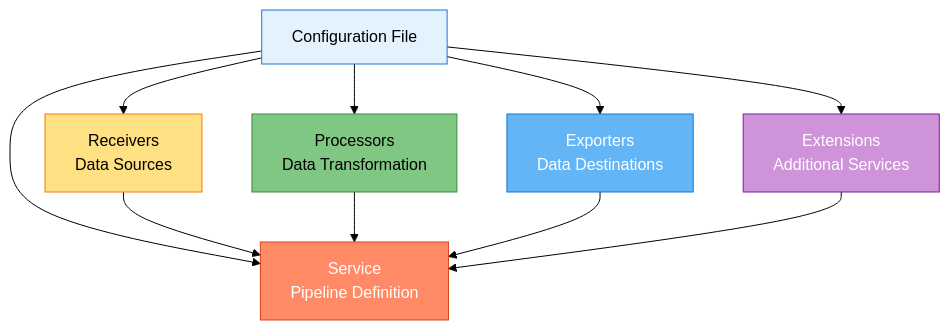
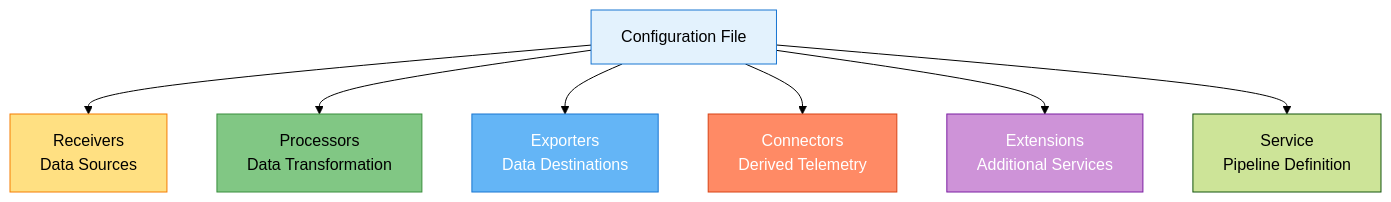
Before and after one commit to telemetryflow/telemetryflow-overview: the diagram in tfo-otel/CONFIGURATION.md, drawn with Mermaid (forest theme). The commit also changed other lines of this file and 68 other files, not shown here.

````diff
--- a/tfo-otel/CONFIGURATION.md
+++ b/tfo-otel/CONFIGURATION.md
@@ -30,22 +33,18 @@
 ```mermaid
 graph TB
     CONFIG[Configuration File]
 
     CONFIG --> RECEIVERS[Receivers<br/>Data Sources]
     CONFIG --> PROCESSORS[Processors<br/>Data Transformation]
     CONFIG --> EXPORTERS[Exporters<br/>Data Destinations]
+    CONFIG --> CONNECTORS[Connectors<br/>Derived Telemetry]
     CONFIG --> EXTENSIONS[Extensions<br/>Additional Services]
     CONFIG --> SERVICE[Service<br/>Pipeline Definition]
-
-    RECEIVERS --> SERVICE
-    PROCESSORS --> SERVICE
-    EXPORTERS --> SERVICE
-    EXTENSIONS --> SERVICE
 
     style CONFIG fill:#E3F2FD,stroke:#1976D2,color:#000
     style RECEIVERS fill:#FFE082,stroke:#F57C00,color:#000
     style PROCESSORS fill:#81C784,stroke:#388E3C,color:#000
     style EXPORTERS fill:#64B5F6,stroke:#1976D2,color:#fff
+    style CONNECTORS fill:#FF8A65,stroke:#D84315,color:#fff
     style EXTENSIONS fill:#CE93D8,stroke:#7B1FA2,color:#fff
-    style SERVICE fill:#FF8A65,stroke:#D84315,color:#fff
 ```
````
